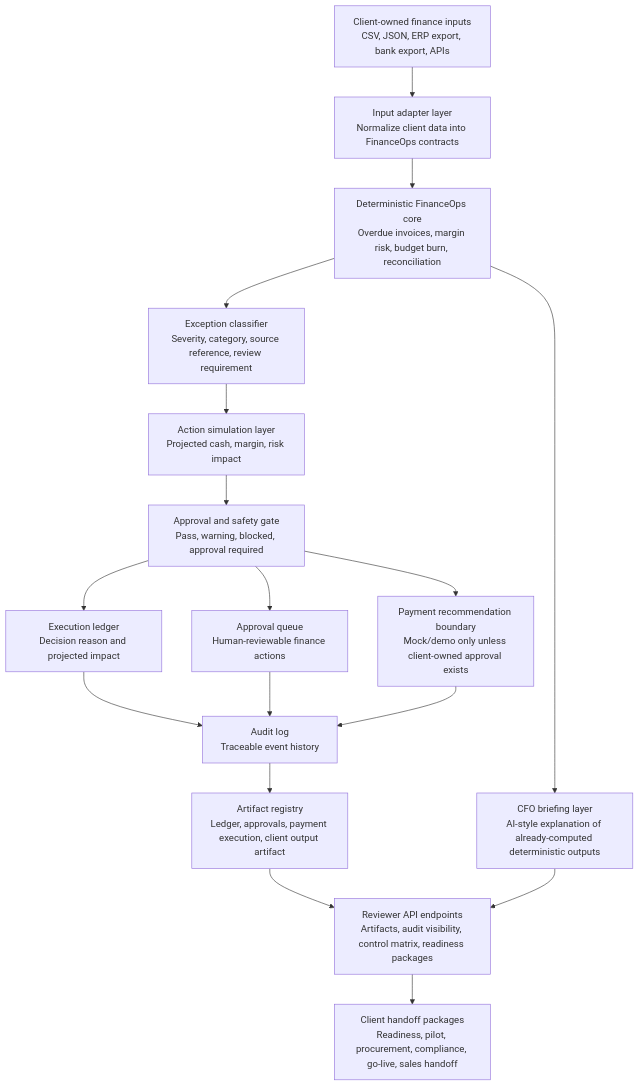
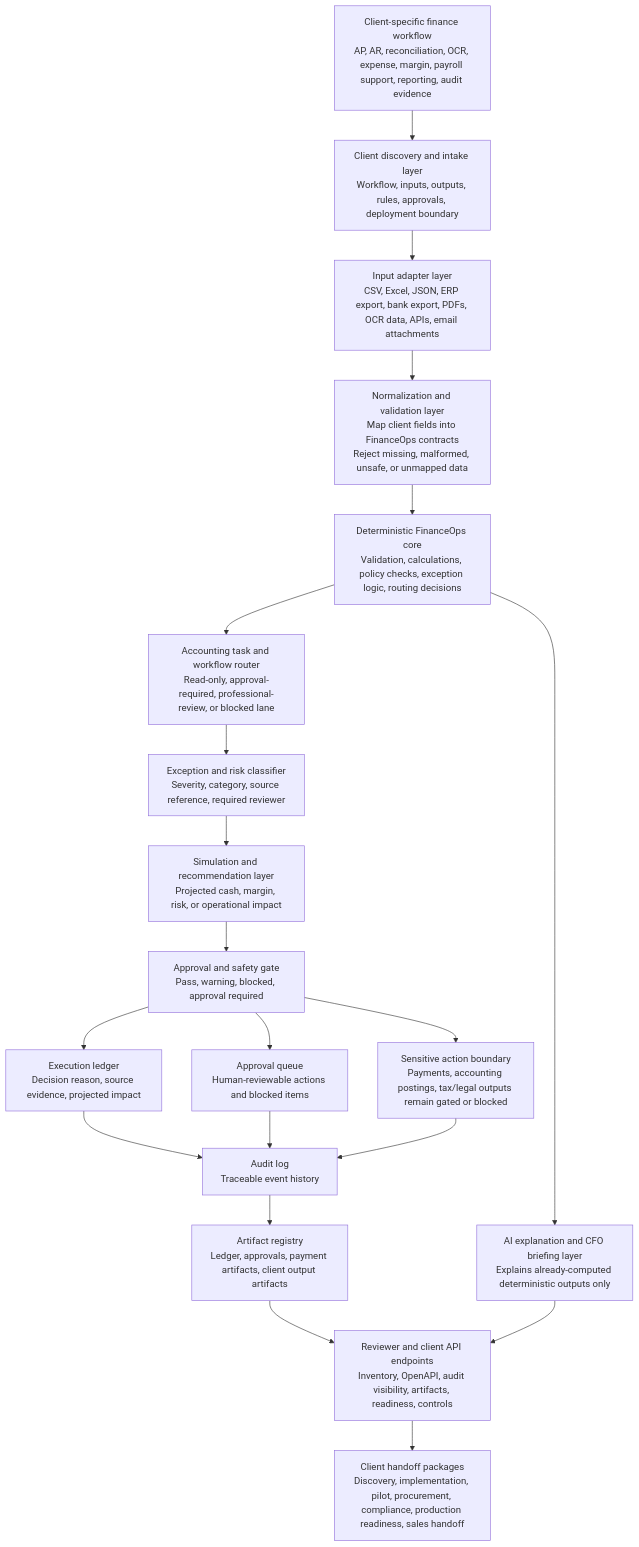
One commit to yevhenzakharov-cmd/financeops-agent changed the diagram in docs/ARCHITECTURE_DIAGRAM.md. Above: the diagram before and after it, drawn with Mermaid. The commit also changed other lines of this file and 1 other file, not shown here.

Commit message:
Update architecture overview for configurable core positioning

````diff
--- a/docs/ARCHITECTURE_DIAGRAM.md
+++ b/docs/ARCHITECTURE_DIAGRAM.md
@@ -9,29 +13,35 @@
 ```mermaid
 flowchart TD
-    A["Client-owned finance inputs<br/>CSV, JSON, ERP export, bank export, APIs"] --> B["Input adapter layer<br/>Normalize client data into FinanceOps contracts"]
+    A["Client-specific finance workflow<br/>AP, AR, reconciliation, OCR, expense, margin, payroll support, reporting, audit evidence"] --> B["Client discovery and intake layer<br/>Workflow, inputs, outputs, rules, approvals, deployment boundary"]
 
-    B --> C["Deterministic FinanceOps core<br/>Overdue invoices, margin risk, budget burn, reconciliation"]
+    B --> C["Input adapter layer<br/>CSV, Excel, JSON, ERP export, bank export, PDFs, OCR data, APIs, email attachments"]
 
-    C --> D["Exception classifier<br/>Severity, category, source reference, review requirement"]
+    C --> D["Normalization and validation layer<br/>Map client fields into FinanceOps contracts<br/>Reject missing, malformed, unsafe, or unmapped data"]
 
-    D --> E["Action simulation layer<br/>Projected cash, margin, risk impact"]
+    D --> E["Deterministic FinanceOps core<br/>Validation, calculations, policy checks, exception logic, routing decisions"]
 
-    E --> F["Approval and safety gate<br/>Pass, warning, blocked, approval required"]
+    E --> F["Accounting task and workflow router<br/>Read-only, approval-required, professional-review, or blocked lane"]
 
-    F --> G["Execution ledger<br/>Decision reason and projected impact"]
-    F --> H["Approval queue<br/>Human-reviewable finance actions"]
-    F --> I["Payment recommendation boundary<br/>Mock/demo only unless client-owned approval exists"]
+    F --> G["Exception and risk classifier<br/>Severity, category, source reference, required reviewer"]
 
-    G --> J["Audit log<br/>Traceable event history"]
-    H --> J
-    I --> J
+    G --> H["Simulation and recommendation layer<br/>Projected cash, margin, risk, or operational impact"]
 
-    J --> K["Artifact registry<br/>Ledger, approvals, payment execution, client output artifact"]
+    H --> I["Approval and safety gate<br/>Pass, warning, blocked, approval required"]
 
-    K --> L["Reviewer API endpoints<br/>Artifacts, audit visibility, control matrix, readiness packages"]
+    I --> J["Execution ledger<br/>Decision reason, source evidence, projected impact"]
+    I --> K["Approval queue<br/>Human-reviewable actions and blocked items"]
+    I --> L["Sensitive action boundary<br/>Payments, accounting postings, tax/legal outputs remain gated or blocked"]
 
-    C --> M["CFO briefing layer<br/>AI-style explanation of already-computed deterministic outputs"]
-    M --> L
+    J --> M["Audit log<br/>Traceable event history"]
+    K --> M
+    L --> M
 
-    L --> N["Client handoff packages<br/>Readiness, pilot, procurement, compliance, go-live, sales handoff"]
+    M --> N["Artifact registry<br/>Ledger, approvals, payment artifacts, client output artifacts"]
+
+    E --> O["AI explanation and CFO briefing layer<br/>Explains already-computed deterministic outputs only"]
+
+    N --> P["Reviewer and client API endpoints<br/>Inventory, OpenAPI, audit visibility, artifacts, readiness, controls"]
+    O --> P
+
+    P --> Q["Client handoff packages<br/>Discovery, implementation, pilot, procurement, compliance, production readiness, sales handoff"]
 ```
````
